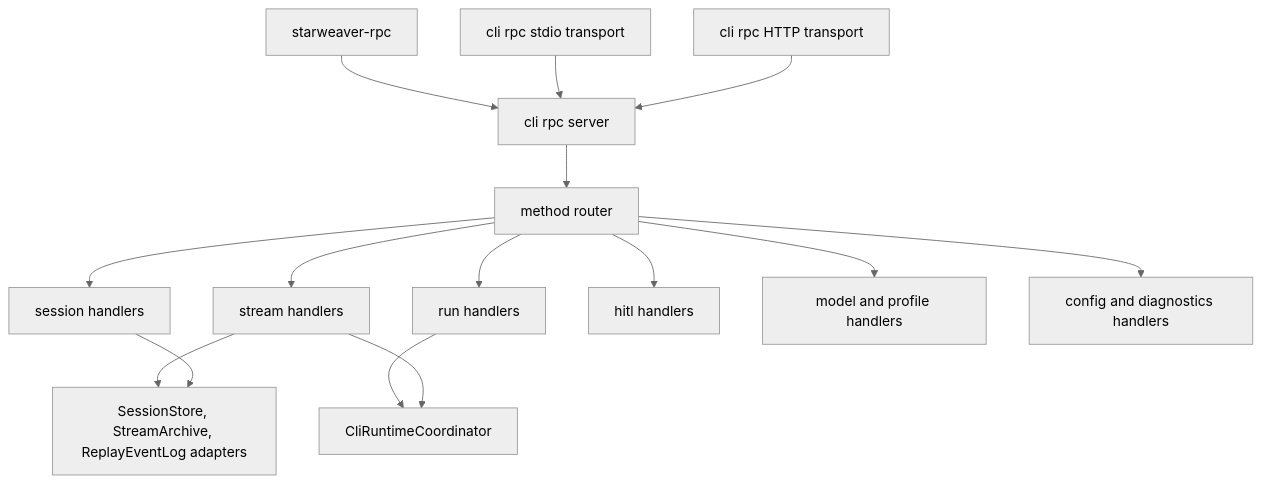
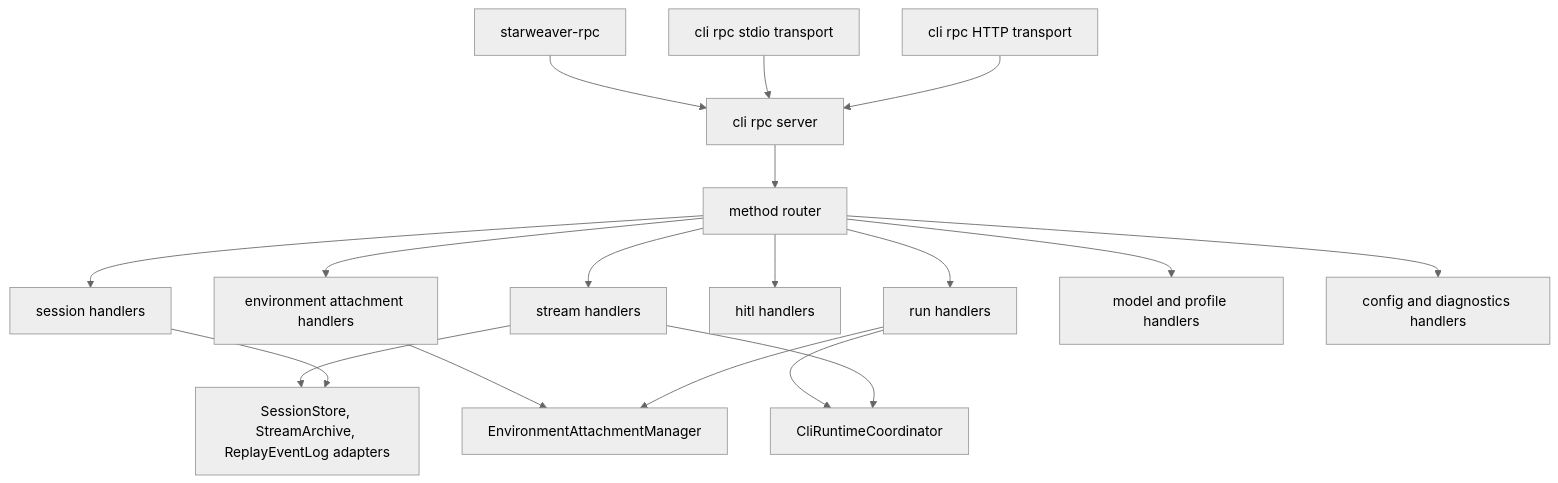
One commit to Wh1isper/starweaver changed the fourth of 4 diagrams in spec/ops/06-json-rpc-host-protocol.md. Above: the diagram before and after it, drawn with Mermaid (neutral theme). The commit also changed other lines of this file and 17 other files, not shown here.

````diff
--- a/spec/ops/06-json-rpc-host-protocol.md
+++ b/spec/ops/06-json-rpc-host-protocol.md
@@ -1539,31 +1978,36 @@
 ```mermaid
 flowchart TD
     rpc_crate[starweaver-rpc]
     stdio[cli rpc stdio transport]
     http[cli rpc HTTP transport]
     server[cli rpc server]
     router[method router]
     session_handlers[session handlers]
     run_handlers[run handlers]
     stream_handlers[stream handlers]
     hitl_handlers[hitl handlers]
+    env_handlers[environment attachment handlers]
+    env_manager[EnvironmentAttachmentManager]
     model_handlers[model and profile handlers]
     config_handlers[config and diagnostics handlers]
     coordinator[CliRuntimeCoordinator]
     stores[SessionStore, StreamArchive, ReplayEventLog adapters]
 
     rpc_crate --> server
     stdio --> server
     http --> server
     server --> router
     router --> session_handlers
     router --> run_handlers
+    router --> env_handlers
     router --> stream_handlers
     router --> hitl_handlers
     router --> model_handlers
     router --> config_handlers
+    env_handlers --> env_manager
+    run_handlers --> env_manager
     run_handlers --> coordinator
     stream_handlers --> coordinator
     stream_handlers --> stores
     session_handlers --> stores
 ```
````
